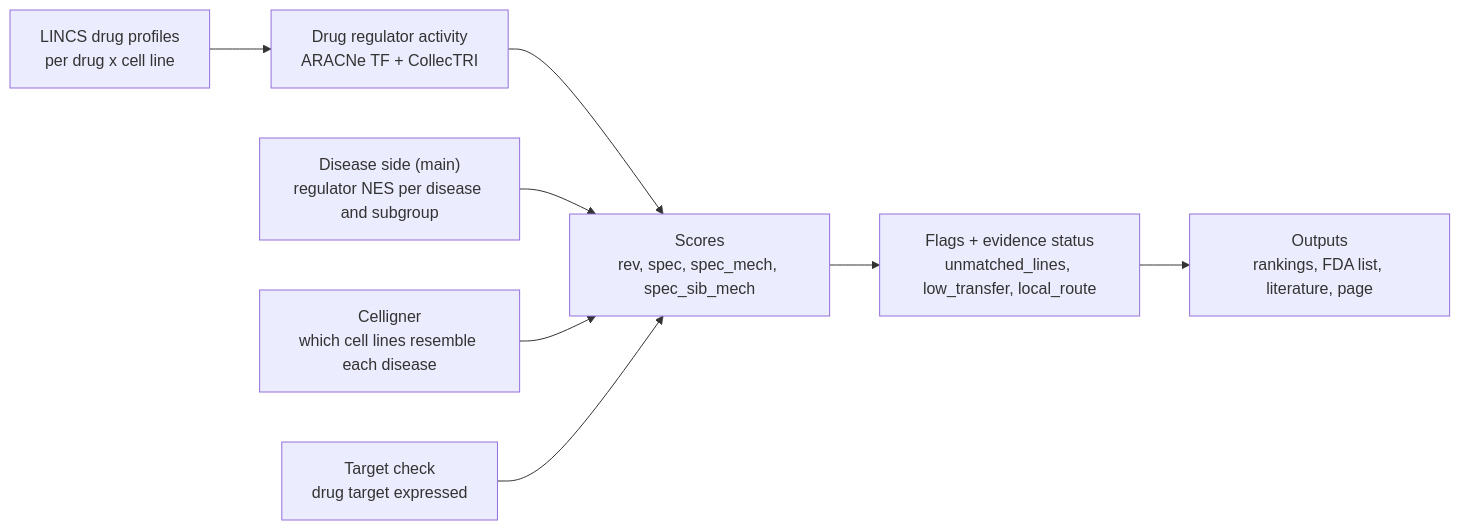
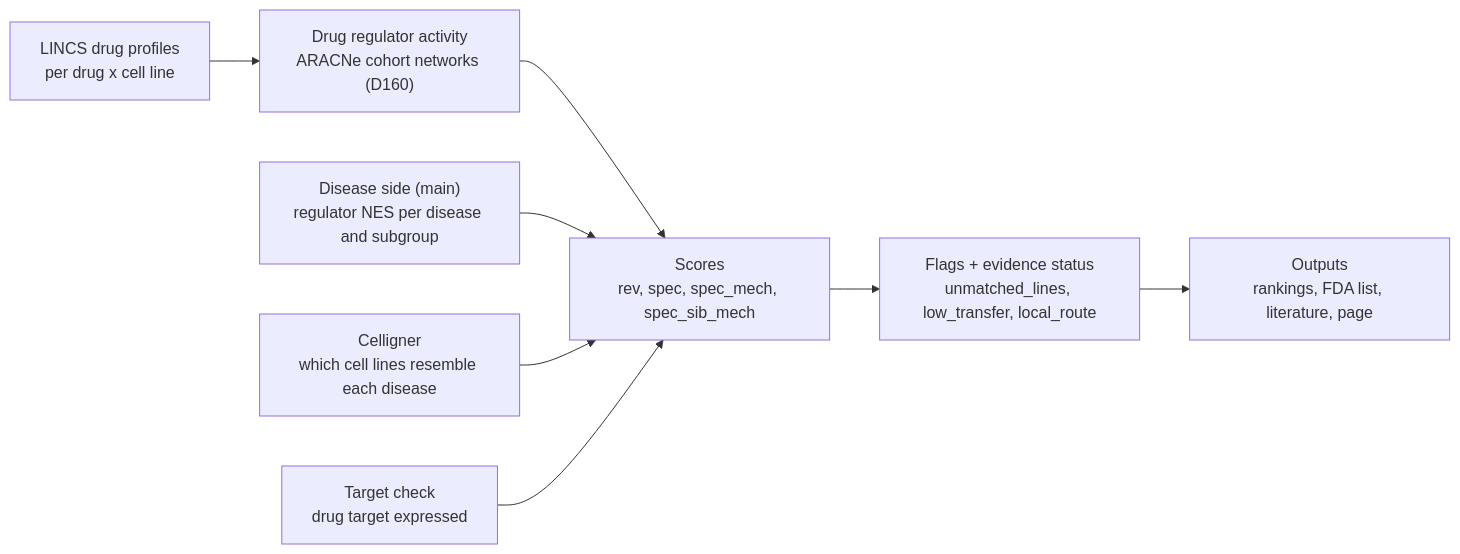
Before and after one commit to kirtihargunani-cmu/repurposing: the diagram in docs/PIPELINE_DRUG_SIDE_V2.md, drawn with Mermaid. The commit also changed other lines of this file and 107 other files, not shown here.

````diff
--- a/docs/PIPELINE_DRUG_SIDE_V2.md
+++ b/docs/PIPELINE_DRUG_SIDE_V2.md
@@ -23,15 +37,15 @@
 ```mermaid
 flowchart LR
   DS["Disease side (main)<br/>regulator NES per disease and subgroup"]
   CL["Celligner<br/>which cell lines resemble each disease"]
   L["LINCS drug profiles<br/>per drug x cell line"]
-  A["Drug regulator activity<br/>ARACNe TF + CollecTRI"]
+  A["Drug regulator activity<br/>ARACNe cohort networks (D160)"]
   T["Target check<br/>drug target expressed"]
   S["Scores<br/>rev, spec, spec_mech, spec_sib_mech"]
   F["Flags + evidence status<br/>unmatched_lines, low_transfer, local_route"]
   O["Outputs<br/>rankings, FDA list, literature, page"]
   L --> A --> S
   DS --> S
   CL --> S
   T --> S --> F --> O
 ```
````
